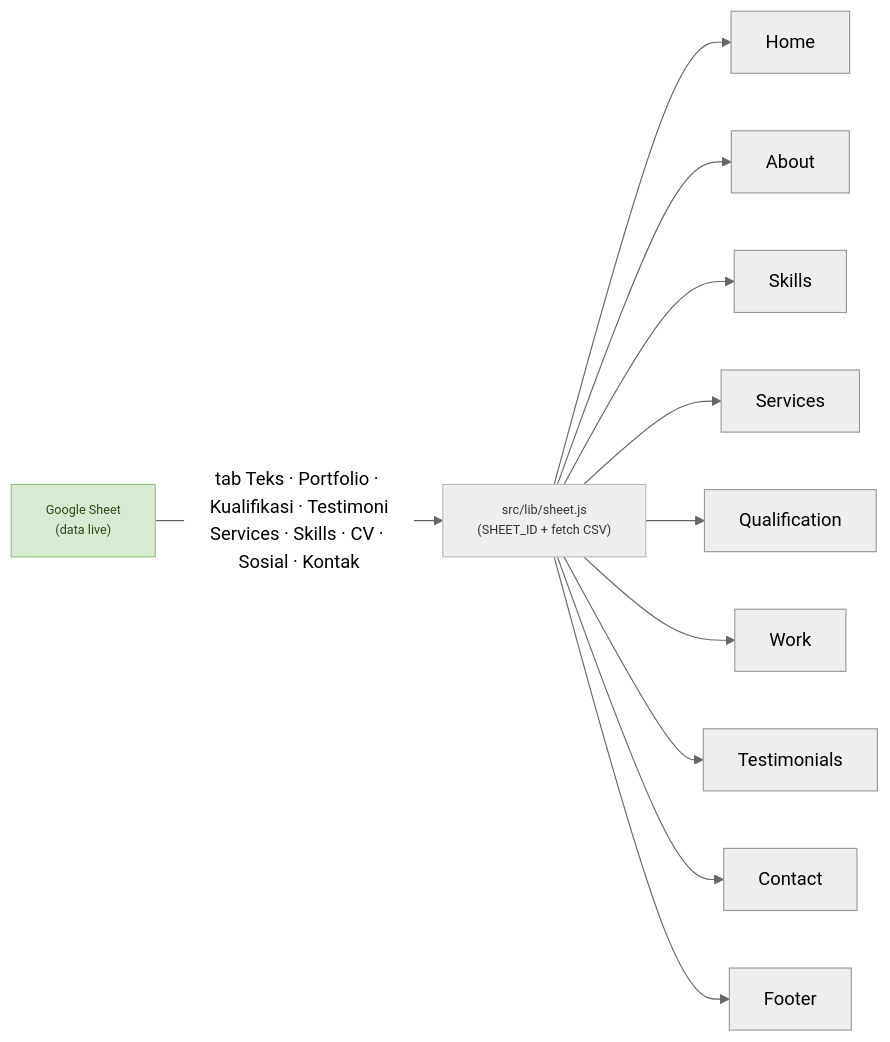
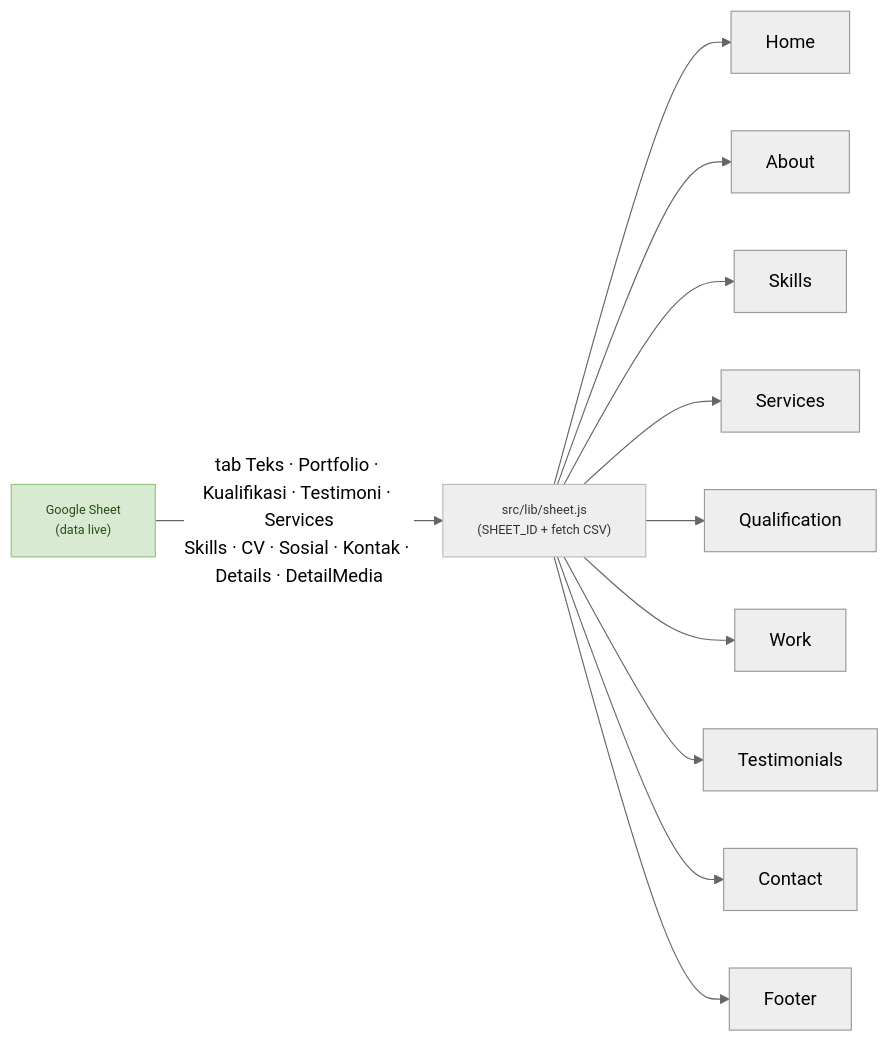
One commit to Zen-Rofiqy/portfolio changed the second of 2 diagrams in ARCHITECTURE.md. Above: the diagram before and after it, drawn with Mermaid (neutral theme). The commit also changed other lines of this file and 2 other files, not shown here.

````diff
--- a/ARCHITECTURE.md
+++ b/ARCHITECTURE.md
@@ -51,19 +51,19 @@
 ```mermaid
 graph LR
-  Sheet["Google Sheet<br/>(data live)"] -->|"tab Teks · Portfolio · Kualifikasi · Testimoni<br/>Services · Skills · CV · Sosial · Kontak"| Lib["src/lib/sheet.js<br/>(SHEET_ID + fetch CSV)"]
+  Sheet["Google Sheet<br/>(data live)"] -->|"tab Teks · Portfolio · Kualifikasi · Testimoni · Services<br/>Skills · CV · Sosial · Kontak · Details · DetailMedia"| Lib["src/lib/sheet.js<br/>(SHEET_ID + fetch CSV)"]
 
   Lib --> Home
   Lib --> About
   Lib --> Skills
   Lib --> Services
   Lib --> Qualification
   Lib --> Work
   Lib --> Testimonials
   Lib --> Contact
   Lib --> Footer
 
   classDef ext fill:#d9ead3,stroke:#93c47d,color:#274e13,font-size:11px;
   classDef sub fill:#eee,stroke:#bbb,color:#333,font-size:11px;
   class Sheet ext;
   class Lib sub;
 ```
````
